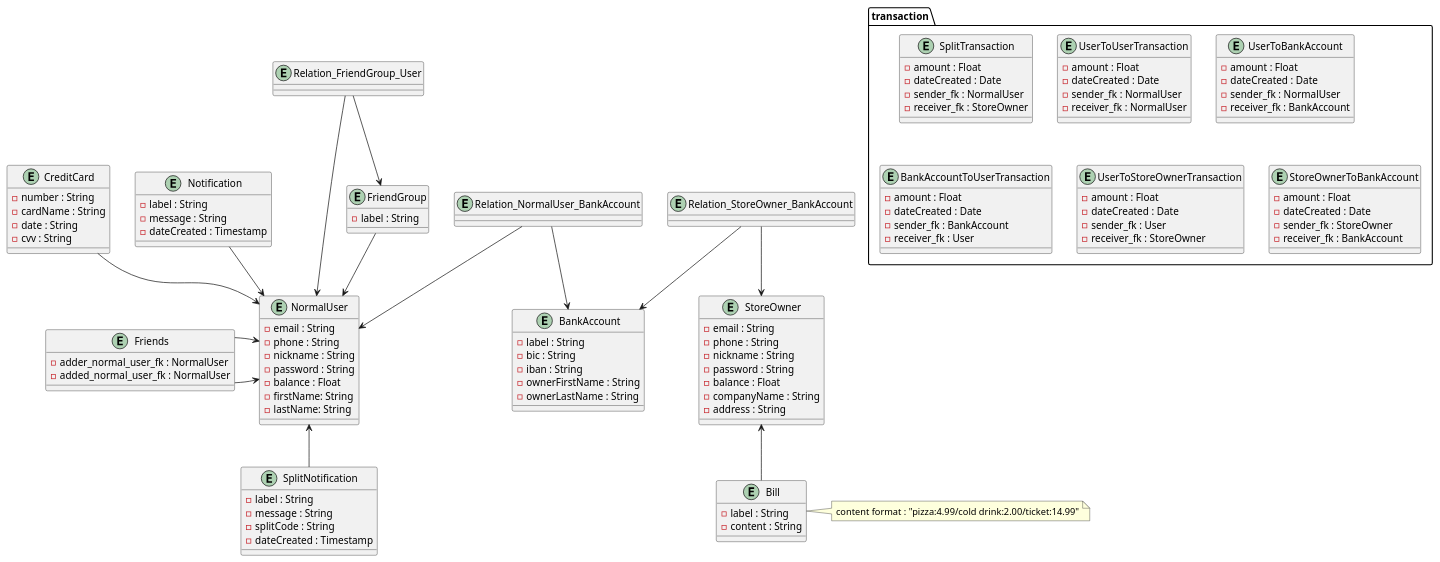
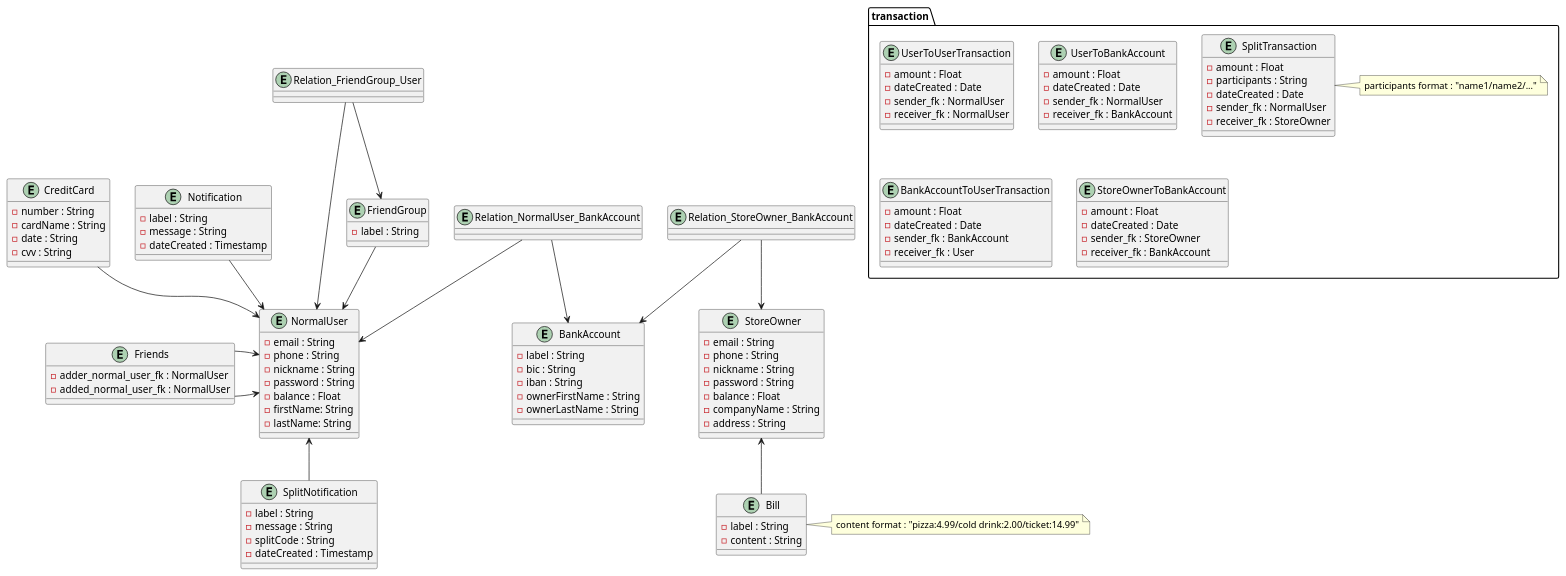
The diagram in documentation/database/mysql/mysql_db_class_diagram.puml (Julien-Wiegandt/SplitPay), drawn with PlantUML before and after one commit. The commit also changed 2 other files, not shown here.

```diff
--- a/documentation/database/mysql/mysql_db_class_diagram.puml
+++ b/documentation/database/mysql/mysql_db_class_diagram.puml
@@ -1,143 +1,141 @@
 @startuml domain_analysis
 
 entity BankAccount {
   - label : String
   - bic : String
   - iban : String
   - ownerFirstName : String
   - ownerLastName : String
 }
 
 entity Bill {
   - label : String
   - content : String
 }
 
 note right of Bill
 content format : "pizza:4.99/cold drink:2.00/ticket:14.99"
 endnote
 
 
 entity Notification {
   - label : String
   - message : String
   - dateCreated : Timestamp
 }
 
 entity SplitNotification {
     - label : String
     - message : String
     - splitCode : String
     - dateCreated : Timestamp
 }
 
 entity FriendGroup {
   - label : String
 }
 
 entity CreditCard {
   - number : String
   - cardName : String
   - date : String
   - cvv : String
 }
 
 entity NormalUser {
     - email : String
     - phone : String
     - nickname : String
     - password : String
     - balance : Float
     - firstName: String
     - lastName: String
 }
 
 entity StoreOwner {
     - email : String
     - phone : String
     - nickname : String
     - password : String
     - balance : Float
     - companyName : String
     - address : String
 }
 
 package transaction <<Folder>> {
 
     entity SplitTransaction{
         - amount : Float
+        - participants : String
         - dateCreated : Date
         - sender_fk : NormalUser
         - receiver_fk : StoreOwner
     }
+
+    note right of SplitTransaction
+    participants format : "name1/name2/..."
+    endnote
 
     entity UserToUserTransaction {
         - amount : Float
         - dateCreated : Date
         - sender_fk : NormalUser
         - receiver_fk : NormalUser
         }
 
 
     entity UserToBankAccount {
         - amount : Float
         - dateCreated : Date
         - sender_fk : NormalUser
         - receiver_fk : BankAccount
     }
 
     entity BankAccountToUserTransaction{
         - amount : Float
         - dateCreated : Date
         - sender_fk : BankAccount
         - receiver_fk : User
-    }
-
-    entity UserToStoreOwnerTransaction {
-        - amount : Float
-        - dateCreated : Date
-        - sender_fk : User
-        - receiver_fk : StoreOwner
     }
 
     entity StoreOwnerToBankAccount {
         - amount : Float
         - dateCreated : Date
         - sender_fk : StoreOwner
         - receiver_fk : BankAccount
     }
 }
 
 entity Relation_FriendGroup_User{
 
 }
 
 entity Friends {
     - adder_normal_user_fk : NormalUser
     - added_normal_user_fk : NormalUser
 }
 
 entity Relation_StoreOwner_BankAccount {}
 entity Relation_NormalUser_BankAccount {}
 
 Relation_StoreOwner_BankAccount --> StoreOwner
 Relation_StoreOwner_BankAccount --> BankAccount
 
 Relation_NormalUser_BankAccount --> NormalUser
 Relation_NormalUser_BankAccount --> BankAccount
 
 Relation_FriendGroup_User --> FriendGroup
 Relation_FriendGroup_User --> NormalUser
 
 NormalUser <-up- Notification
 NormalUser <--  SplitNotification
 NormalUser <-up- CreditCard
 
 Friends -> NormalUser
 Friends -> NormalUser
 
 
 FriendGroup -->  NormalUser
 StoreOwner  <-- Bill
 
 @enduml
```
